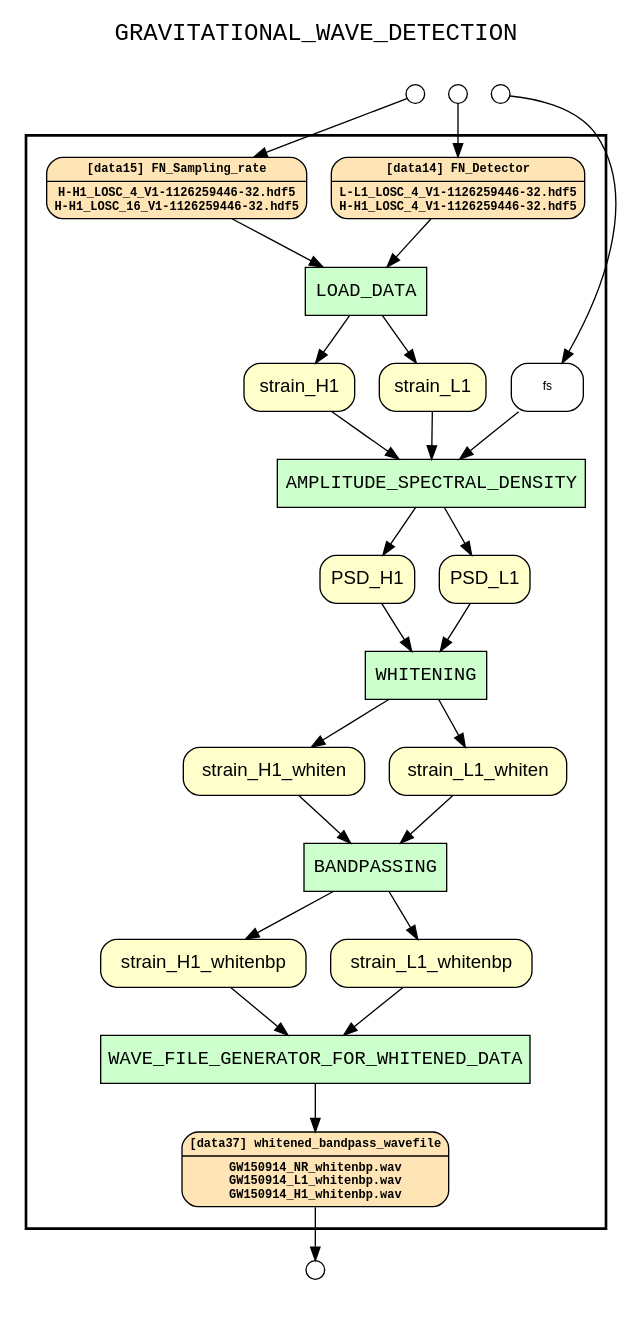
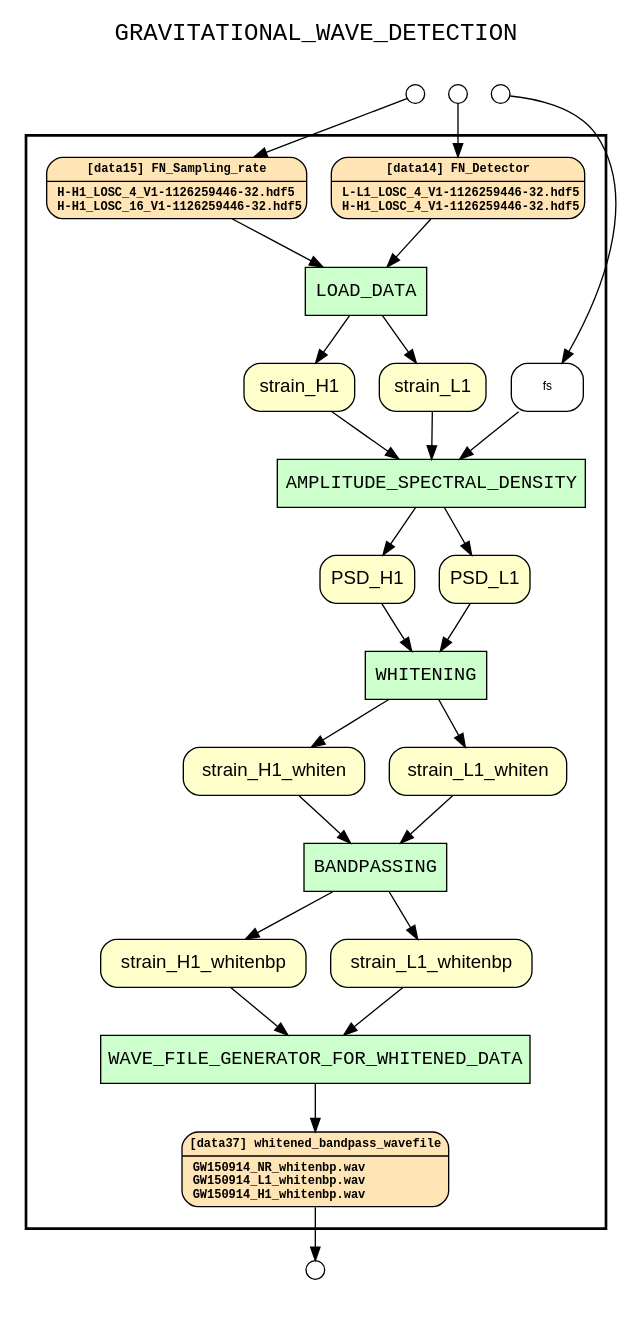
Before and after one commit to idaks/dataone-ahm-2016-poster: the diagram in examples/LIGO/results/wf_recon_upstream_of_whitened_bandpass_wavefile.gv, drawn with Graphviz. The commit also changed 53 other files, not shown here.

Commit message:
supplementary reprozip graphs for LIGO

```diff
--- a/examples/LIGO/results/wf_recon_upstream_of_whitened_bandpass_wavefile.gv
+++ b/examples/LIGO/results/wf_recon_upstream_of_whitened_bandpass_wavefile.gv
@@ -1,68 +1,68 @@
 
 digraph yw_data_view {
 rankdir=TB
 fontname=Courier; fontsize=18; labelloc=t
 label="GRAVITATIONAL_WAVE_DETECTION"
 subgraph cluster_workflow { label=""; color=black; penwidth=2
 subgraph cluster_workflow_inner { label=""; color=white
 node[shape=box style="filled" fillcolor="#CCFFCC" peripheries=1 fontname=Courier]
 BANDPASSING
 WHITENING
 AMPLITUDE_SPECTRAL_DENSITY
 LOAD_DATA
 WAVE_FILE_GENERATOR_FOR_WHITENED_DATA
 node[shape=box style="filled" fillcolor="#CCFFCC" peripheries=1 fontname=Courier]
 node[shape=box style="rounded,filled" fillcolor="#FFFFCC" peripheries=1 fontname=Helvetica]
 strain_H1
 strain_L1
 PSD_H1
 PSD_L1
 strain_H1_whiten
 strain_L1_whiten
 strain_H1_whitenbp
 strain_L1_whitenbp
 node[shape=box style="rounded,filled" fillcolor="#FFE4B5" peripheries=1 fontname="Courier-Bold" fontsize=9]
-FN_Detector[shape=record rankdir=LR label="{<f0> [data14] FN_Detector |<f1>L-L1_LOSC_4_V1-1126259446-32.hdf5\nH-H1_LOSC_4_V1-1126259446-32.hdf5\n}"]
-FN_Sampling_rate[shape=record rankdir=LR label="{<f0> [data15] FN_Sampling_rate |<f1>H-H1_LOSC_4_V1-1126259446-32.hdf5\nH-H1_LOSC_16_V1-1126259446-32.hdf5\n}"]
+FN_Detector[shape=record rankdir=LR label="{<f0> [data14] FN_Detector |<f1>L-L1_LOSC_4_V1-1126259446-32.hdf5\lH-H1_LOSC_4_V1-1126259446-32.hdf5\l}"]
+FN_Sampling_rate[shape=record rankdir=LR label="{<f0> [data15] FN_Sampling_rate |<f1>H-H1_LOSC_4_V1-1126259446-32.hdf5\lH-H1_LOSC_16_V1-1126259446-32.hdf5\l}"]
 node[shape=box style="rounded,filled" fillcolor="#FFE4B5" peripheries=1 fontname="Courier-Bold" fontsize=9]
-whitened_bandpass_wavefile[shape=record rankdir=LR label="{<f0> [data37] whitened_bandpass_wavefile |<f1>GW150914_NR_whitenbp.wav\nGW150914_L1_whitenbp.wav\nGW150914_H1_whitenbp.wav\n}"]
+whitened_bandpass_wavefile[shape=record rankdir=LR label="{<f0> [data37] whitened_bandpass_wavefile |<f1>GW150914_NR_whitenbp.wav\lGW150914_L1_whitenbp.wav\lGW150914_H1_whitenbp.wav\l}"]
 node[shape=box style="rounded,filled" fillcolor="#FFFFFF" peripheries=1 fontname=Helvetica]
 fs
 }}
 subgraph cluster_inflows { label=""; color=white; penwidth=2
 subgraph cluster_inflows_inner { label=""; color=white
 node[shape=circle fillcolor="#FFFFFF" peripheries=1 width=0.2]
 fs_inflow [label=""]
 FN_Detector_inflow [label=""]
 FN_Sampling_rate_inflow [label=""]
 }}
 subgraph cluster_outflows { label=""; color=white; penwidth=2
 subgraph cluster_outflows_inner { label=""; color=white
 node[shape=circle fillcolor="#FFFFFF" peripheries=1 width=0.2]
 whitened_bandpass_wavefile_outflow [label=""]
 }}
-PSD_L1 -> WHITENING
-fs -> AMPLITUDE_SPECTRAL_DENSITY
 strain_H1 -> AMPLITUDE_SPECTRAL_DENSITY
 strain_H1_whiten -> BANDPASSING
 strain_L1 -> AMPLITUDE_SPECTRAL_DENSITY
 strain_L1_whiten -> BANDPASSING
 strain_H1_whitenbp -> WAVE_FILE_GENERATOR_FOR_WHITENED_DATA
 FN_Detector -> LOAD_DATA
 strain_L1_whitenbp -> WAVE_FILE_GENERATOR_FOR_WHITENED_DATA
 FN_Sampling_rate -> LOAD_DATA
 PSD_H1 -> WHITENING
+PSD_L1 -> WHITENING
+fs -> AMPLITUDE_SPECTRAL_DENSITY
 LOAD_DATA -> strain_H1
 LOAD_DATA -> strain_L1
 AMPLITUDE_SPECTRAL_DENSITY -> PSD_H1
 AMPLITUDE_SPECTRAL_DENSITY -> PSD_L1
 WHITENING -> strain_H1_whiten
 WHITENING -> strain_L1_whiten
 BANDPASSING -> strain_H1_whitenbp
 BANDPASSING -> strain_L1_whitenbp
 WAVE_FILE_GENERATOR_FOR_WHITENED_DATA -> whitened_bandpass_wavefile
 fs_inflow -> fs
 FN_Detector_inflow -> FN_Detector
 FN_Sampling_rate_inflow -> FN_Sampling_rate
 whitened_bandpass_wavefile -> whitened_bandpass_wavefile_outflow
 }
```
